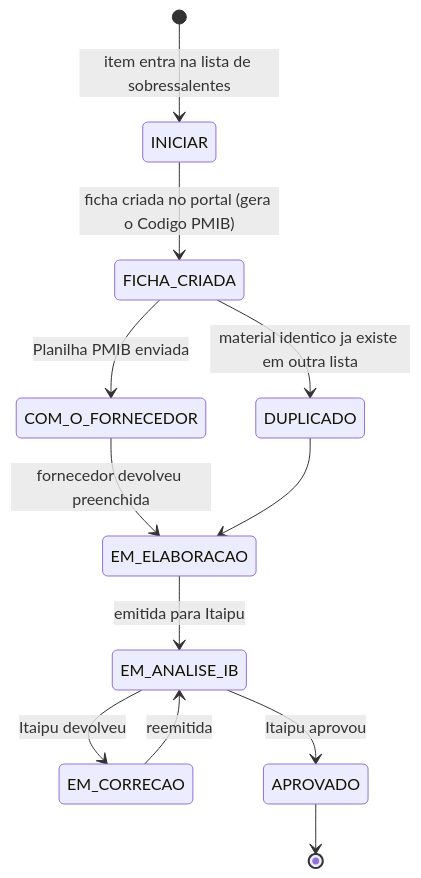
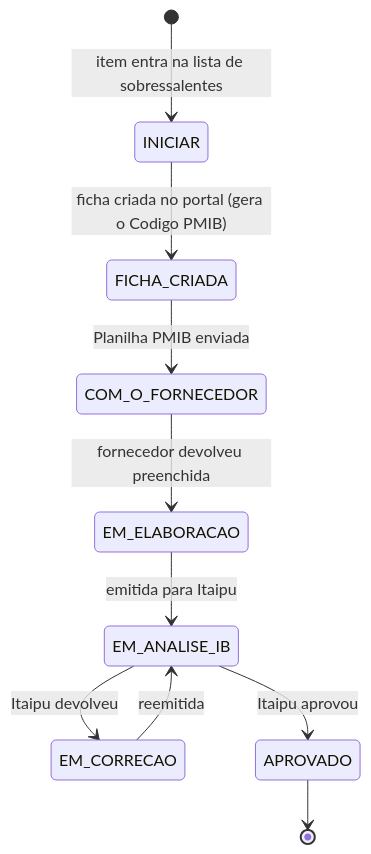
Before and after one commit to Jonann17/SIG-FT: the diagram in gestao-sobressalentes/05 - Gerenciamento/Ciclo de Vida de um Item.md, drawn with Mermaid. The commit also changed other lines of this file and 16 other files, not shown here.

````diff
--- a/gestao-sobressalentes/05 - Gerenciamento/Ciclo de Vida de um Item.md
+++ b/gestao-sobressalentes/05 - Gerenciamento/Ciclo de Vida de um Item.md
@@ -12,14 +12,12 @@
 ```mermaid
 stateDiagram-v2
     [*] --> INICIAR: item entra na lista de sobressalentes
     INICIAR --> FICHA_CRIADA: ficha criada no portal (gera o Codigo PMIB)
     FICHA_CRIADA --> COM_O_FORNECEDOR: Planilha PMIB enviada
     COM_O_FORNECEDOR --> EM_ELABORACAO: fornecedor devolveu preenchida
     EM_ELABORACAO --> EM_ANALISE_IB: emitida para Itaipu
     EM_ANALISE_IB --> EM_CORRECAO: Itaipu devolveu
     EM_CORRECAO --> EM_ANALISE_IB: reemitida
     EM_ANALISE_IB --> APROVADO: Itaipu aprovou
     APROVADO --> [*]
-    FICHA_CRIADA --> DUPLICADO: material identico ja existe em outra lista
-    DUPLICADO --> EM_ELABORACAO
 ```
````
